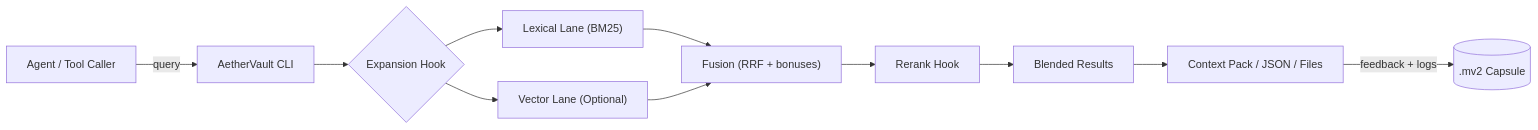
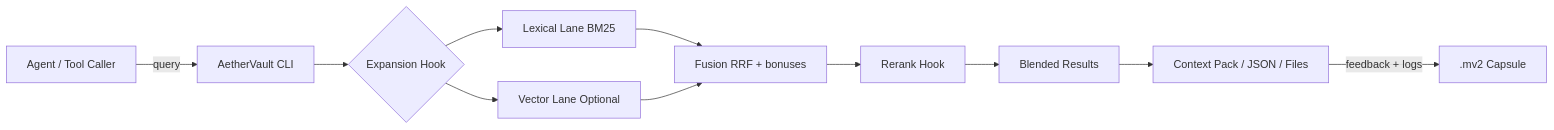
Before and after one commit to sunilkgrao/aethervault: the first of 2 diagrams in README.md, drawn with Mermaid. The commit also changed other lines of this file and 6 other files, not shown here.

````diff
--- a/README.md
+++ b/README.md
@@ -16,13 +16,13 @@
 ```mermaid
 flowchart LR
-  A["Agent / Tool Caller"] -->|query| B["AetherVault CLI"];
-  B --> C{"Expansion Hook"};
-  C --> D["Lexical Lane (BM25)"];
-  C --> E["Vector Lane (Optional)"];
-  D --> F["Fusion (RRF + bonuses)"];
-  E --> F;
-  F --> G["Rerank Hook"];
-  G --> H["Blended Results"];
-  H --> I["Context Pack / JSON / Files"];
-  I -->|feedback + logs| J[(".mv2 Capsule")];
+  A[Agent / Tool Caller] -->|query| B[AetherVault CLI]
+  B --> C{Expansion Hook}
+  C --> D[Lexical Lane BM25]
+  C --> E[Vector Lane Optional]
+  D --> F[Fusion RRF + bonuses]
+  E --> F
+  F --> G[Rerank Hook]
+  G --> H[Blended Results]
+  H --> I[Context Pack / JSON / Files]
+  I -->|feedback + logs| J[.mv2 Capsule]
 ```
````
